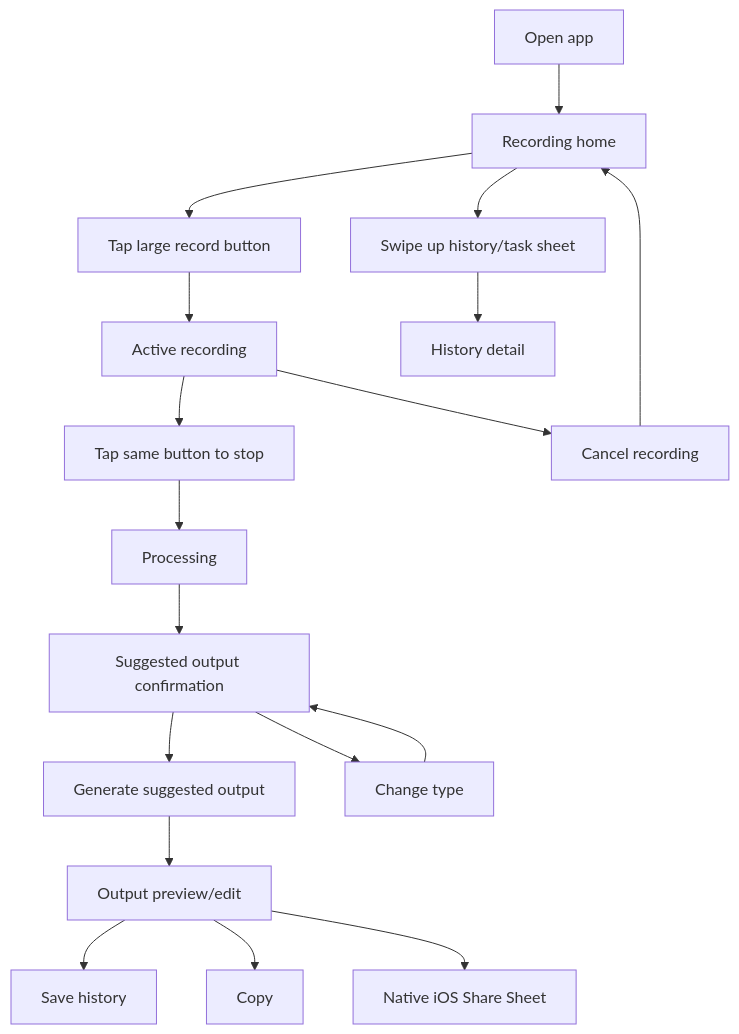
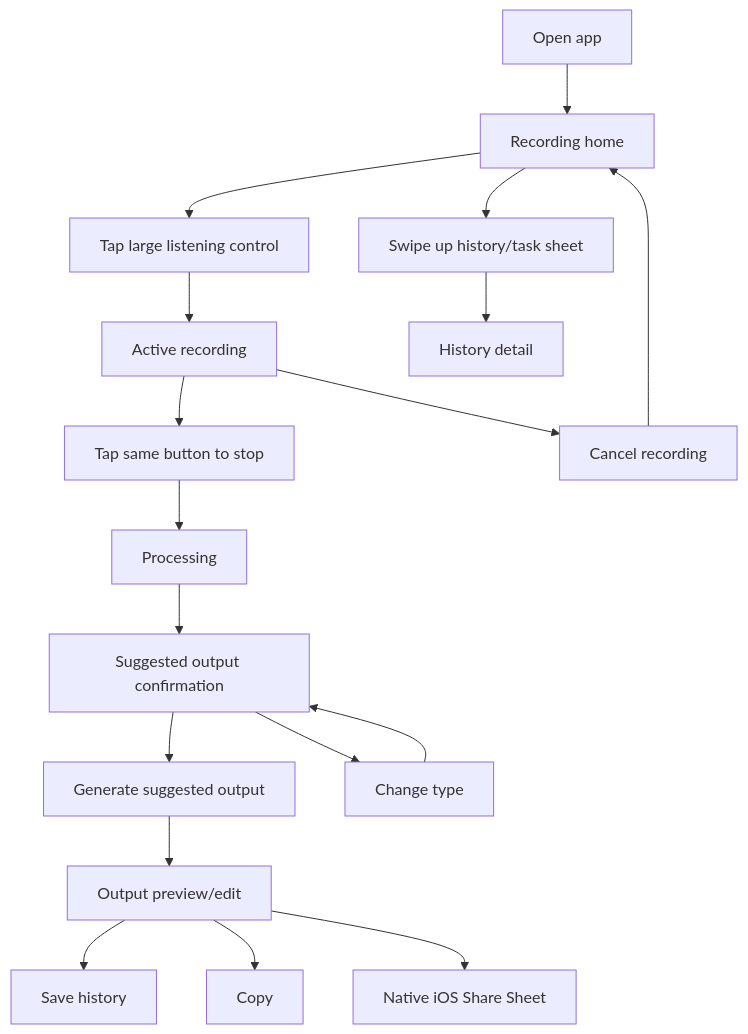
The diagram in ux-flow.md (muneebsaddal/AI-Voice-Notes-to-Content), drawn with Mermaid before and after one commit. The commit also changed other lines of this file and 1 other file, not shown here.

Commit message:
Document blue listening design direction

````diff
--- a/ux-flow.md
+++ b/ux-flow.md
@@ -341,20 +345,20 @@
 ```mermaid
 flowchart TD
   A["Open app"] --> B["Recording home"]
-  B --> C["Tap large record button"]
+  B --> C["Tap large listening control"]
   C --> D["Active recording"]
   D --> E["Tap same button to stop"]
   D --> F["Cancel recording"]
   F --> B
   E --> G["Processing"]
   G --> H["Suggested output confirmation"]
   H --> I["Generate suggested output"]
   H --> J["Change type"]
   J --> H
   I --> K["Output preview/edit"]
   K --> L["Save history"]
   K --> M["Copy"]
   K --> N["Native iOS Share Sheet"]
   B --> O["Swipe up history/task sheet"]
   O --> P["History detail"]
 ```
````
